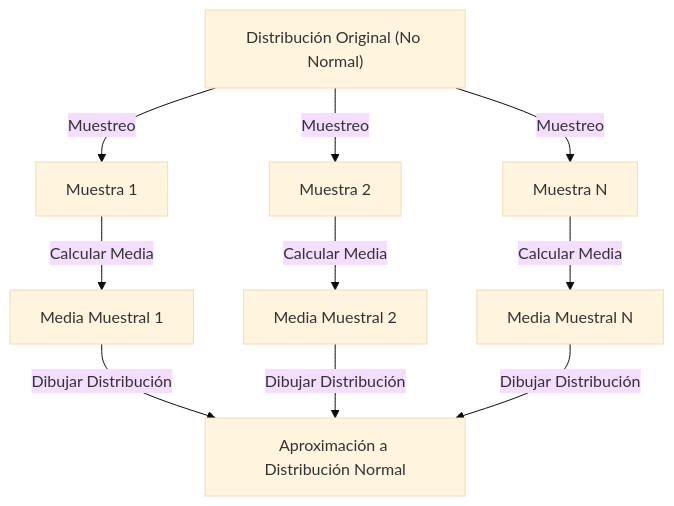
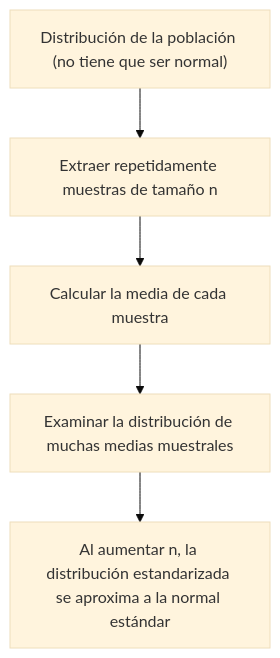
The diagram in content/post/central-limit-theorem/index.es.md (kenjinote/blog), drawn with Mermaid (base theme) before and after one commit. The commit also changed other lines of this file and 15 other files, not shown here.

````diff
--- a/content/post/central-limit-theorem/index.es.md
+++ b/content/post/central-limit-theorem/index.es.md
@@ -44,12 +44,7 @@
 ```mermaid
 graph TD
-    A["Distribución Original (No Normal)"] -->|"Muestreo"| B["Muestra 1"]
-    A -->|"Muestreo"| C["Muestra 2"]
-    A -->|"Muestreo"| D["Muestra N"]
-    B -->|"Calcular Media"| E["Media Muestral 1"]
-    C -->|"Calcular Media"| F["Media Muestral 2"]
-    D -->|"Calcular Media"| G["Media Muestral N"]
-    E -->|"Dibujar Distribución"| H["Aproximación a Distribución Normal"]
-    F -->|"Dibujar Distribución"| H
-    G -->|"Dibujar Distribución"| H
+    A["Distribución de la población (no tiene que ser normal)"] --> B["Extraer repetidamente muestras de tamaño n"]
+    B --> C["Calcular la media de cada muestra"]
+    C --> D["Examinar la distribución de muchas medias muestrales"]
+    D --> E["Al aumentar n, la distribución estandarizada se aproxima a la normal estándar"]
 ```
````
